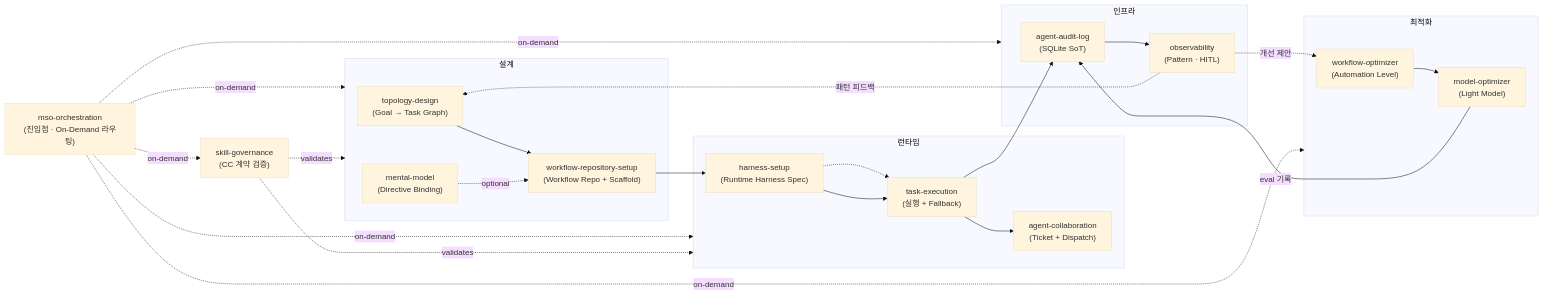
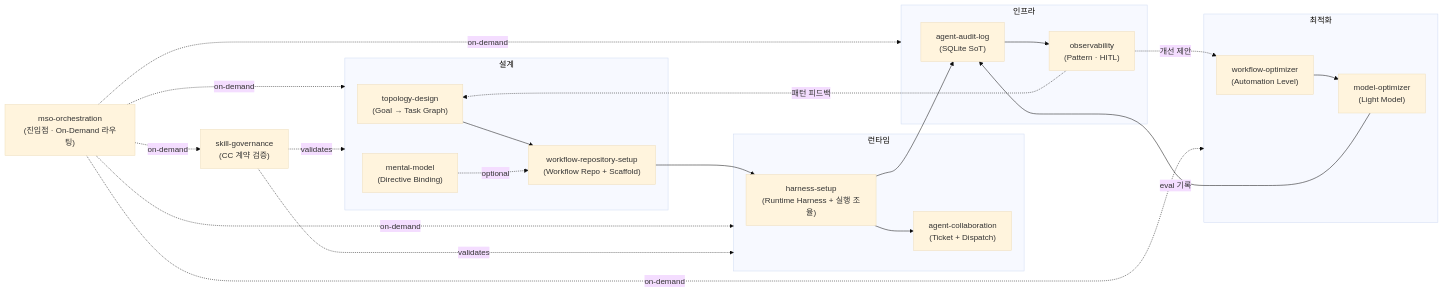
One commit to WMJOON/multi-swarm-orchestrator changed the second of 3 diagrams in README.md. Above: the diagram before and after it, drawn with Mermaid (base theme). The commit also changed other lines of this file, not shown here.

First line of the commit message:
docs(README): update to v0.2.3 — fix diagram and version section

````diff
--- a/README.md
+++ b/README.md
@@ -110,44 +110,41 @@
 ```mermaid
 graph LR
     ORCH["mso-orchestration<br/>(진입점 · On-Demand 라우팅)"]
 
     subgraph Design["설계"]
         WT["topology-design<br/>(Goal → Task Graph)"]
         MM["mental-model<br/>(Directive Binding)"]
         WR["workflow-repository-setup<br/>(Workflow Repo + Scaffold)"]
         WT --> WR
         MM -. optional .-> WR
     end
     subgraph Runtime["런타임"]
-        TE["task-execution<br/>(실행 + Fallback)"]
+        HS["harness-setup<br/>(Runtime Harness + 실행 조율)"]
         AC["agent-collaboration<br/>(Ticket + Dispatch)"]
-        HS["harness-setup<br/>(Runtime Harness Spec)"]
-        TE --> AC
         WR --> HS
-        HS -.-> TE
+        HS --> AC
     end
     subgraph Infra["인프라"]
         AAL["agent-audit-log<br/>(SQLite SoT)"]
         OBS["observability<br/>(Pattern · HITL)"]
         AAL --> OBS
     end
     subgraph Optimize["최적화"]
         WO["workflow-optimizer<br/>(Automation Level)"]
         MO["model-optimizer<br/>(Light Model)"]
         WO --> MO
     end
     GOV["skill-governance<br/>(CC 계약 검증)"]
 
     ORCH -.->|on-demand| Design
     ORCH -.->|on-demand| Runtime
     ORCH -.->|on-demand| Infra
     ORCH -.->|on-demand| Optimize
     ORCH -.->|on-demand| GOV
-    HS --> TE
-    TE --> AAL
+    HS --> AAL
     OBS -.->|개선 제안| WO
     OBS -.->|패턴 피드백| WT
     MO -->|eval 기록| AAL
     GOV -.->|validates| Design
     GOV -.->|validates| Runtime
 ```
````
